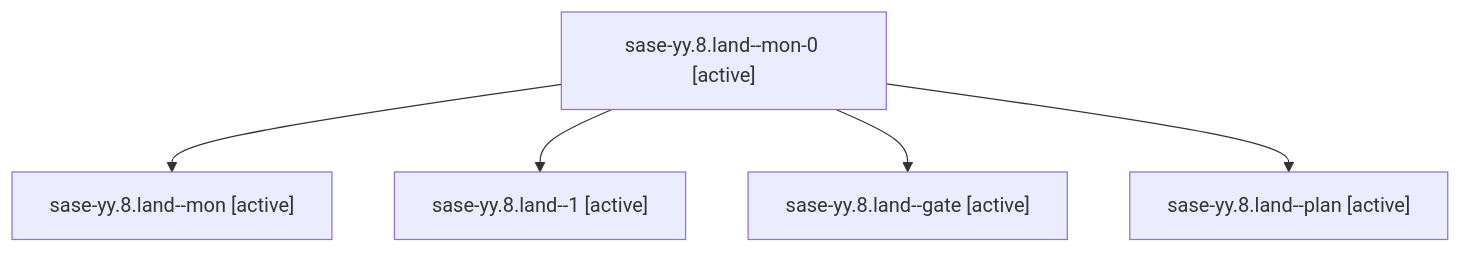
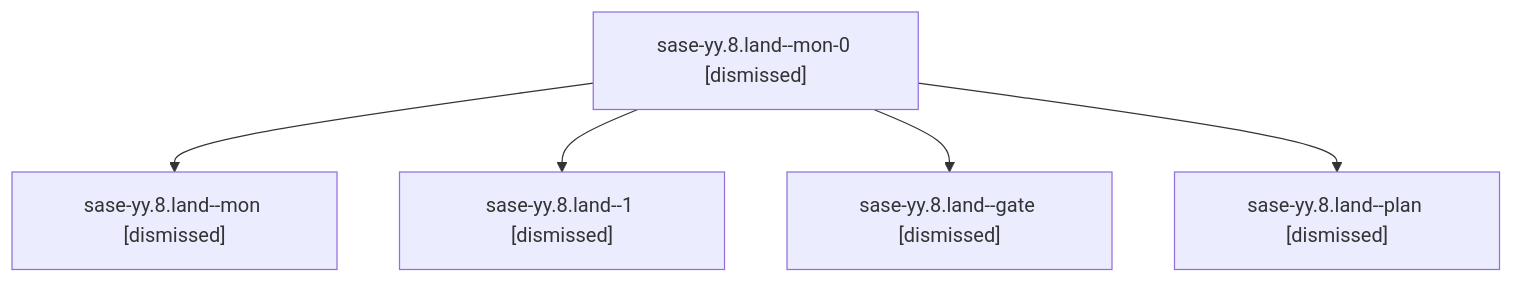
One commit to sase-org/sase--agents changed the diagram in sessions/bbugyi200.athena.sase-yy.8.land.md. Above: the diagram before and after it, drawn with Mermaid. The commit also changed other lines of this file and 208 other files, not shown here.

````diff
--- a/sessions/bbugyi200.athena.sase-yy.8.land.md
+++ b/sessions/bbugyi200.athena.sase-yy.8.land.md
@@ -9,12 +9,12 @@
 ```mermaid
 flowchart TD
-  n0["sase-yy.8.land--mon-0 [active]"]
-  n1["sase-yy.8.land--mon [active]"]
+  n0["sase-yy.8.land--mon-0 [dismissed]"]
+  n1["sase-yy.8.land--mon [dismissed]"]
   n0 --> n1
-  n2["sase-yy.8.land--1 [active]"]
+  n2["sase-yy.8.land--1 [dismissed]"]
   n0 --> n2
-  n3["sase-yy.8.land--gate [active]"]
+  n3["sase-yy.8.land--gate [dismissed]"]
   n0 --> n3
-  n4["sase-yy.8.land--plan [active]"]
+  n4["sase-yy.8.land--plan [dismissed]"]
   n0 --> n4
 ```
````
